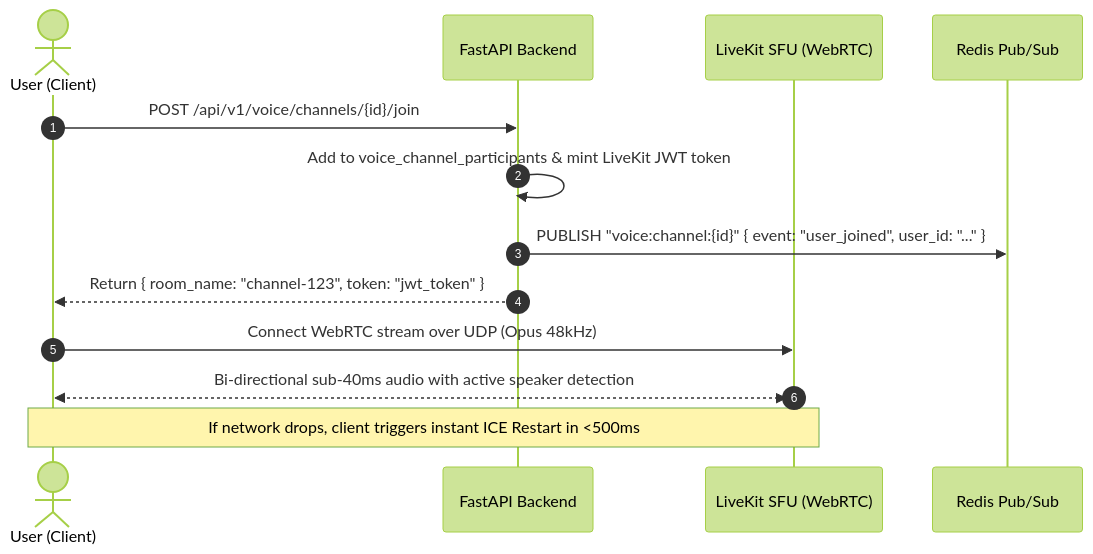
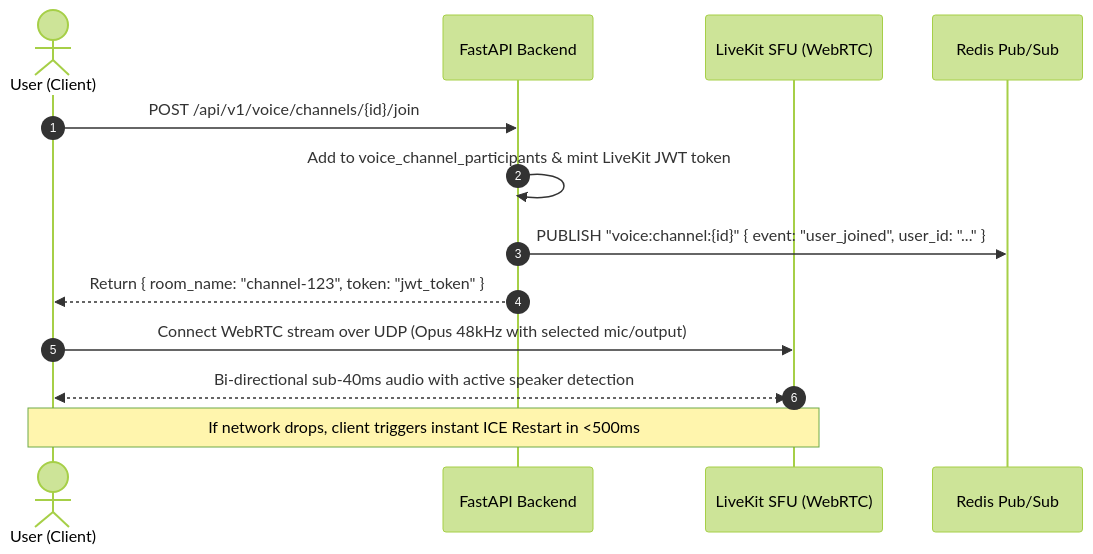
The third of 3 diagrams in plan.md (vineetkishore01/Loop), drawn with Mermaid (forest theme) before and after one commit. The commit also changed other lines of this file and 3 other files, not shown here.

````diff
--- a/plan.md
+++ b/plan.md
@@ -453,16 +465,16 @@
 ```mermaid
 sequenceDiagram
     autonumber
     actor User as User (Client)
     participant API as FastAPI Backend
     participant LiveKit as LiveKit SFU (WebRTC)
     participant Redis as Redis Pub/Sub
 
     User->>API: POST /api/v1/voice/channels/{id}/join
     API->>API: Add to voice_channel_participants & mint LiveKit JWT token
     API->>Redis: PUBLISH "voice:channel:{id}" { event: "user_joined", user_id: "..." }
     API-->>User: Return { room_name: "channel-123", token: "jwt_token" }
-    User->>LiveKit: Connect WebRTC stream over UDP (Opus 48kHz)
+    User->>LiveKit: Connect WebRTC stream over UDP (Opus 48kHz with selected mic/output)
     LiveKit<<-->>User: Bi-directional sub-40ms audio with active speaker detection
     Note over User,LiveKit: If network drops, client triggers instant ICE Restart in <500ms
 ```
````
